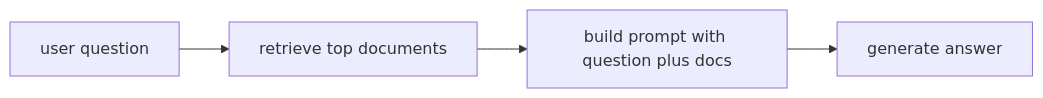
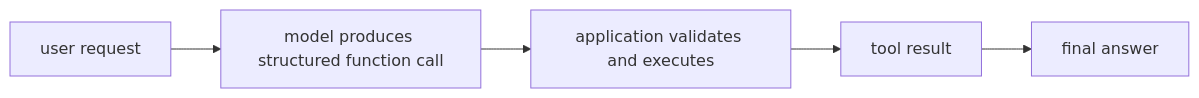
The diagram in docs/parts/part-05/chapter-12/section-02.md (devchan64/AiBook), drawn with Mermaid before and after one commit. The commit also changed other lines of this file and 47 other files, not shown here.

````diff
--- a/docs/parts/part-05/chapter-12/section-02.md
+++ b/docs/parts/part-05/chapter-12/section-02.md
@@ -97,9 +121,10 @@
 ```mermaid
 flowchart LR
-  A["user question"]
-  B["retrieve top documents"]
-  C["build prompt with question plus docs"]
-  D["generate answer"]
+  A["user request"]
+  B["model produces structured function call"]
+  C["application validates and executes"]
+  D["tool result"]
+  E["final answer"]
 
-  A --> B --> C --> D
+  A --> B --> C --> D --> E
 ```
````
